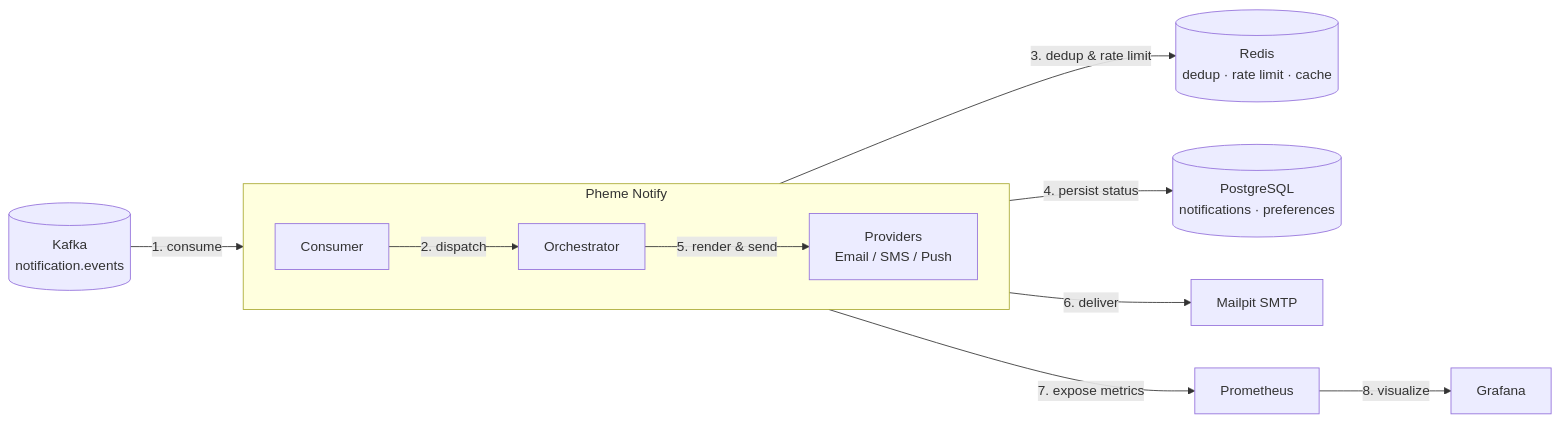
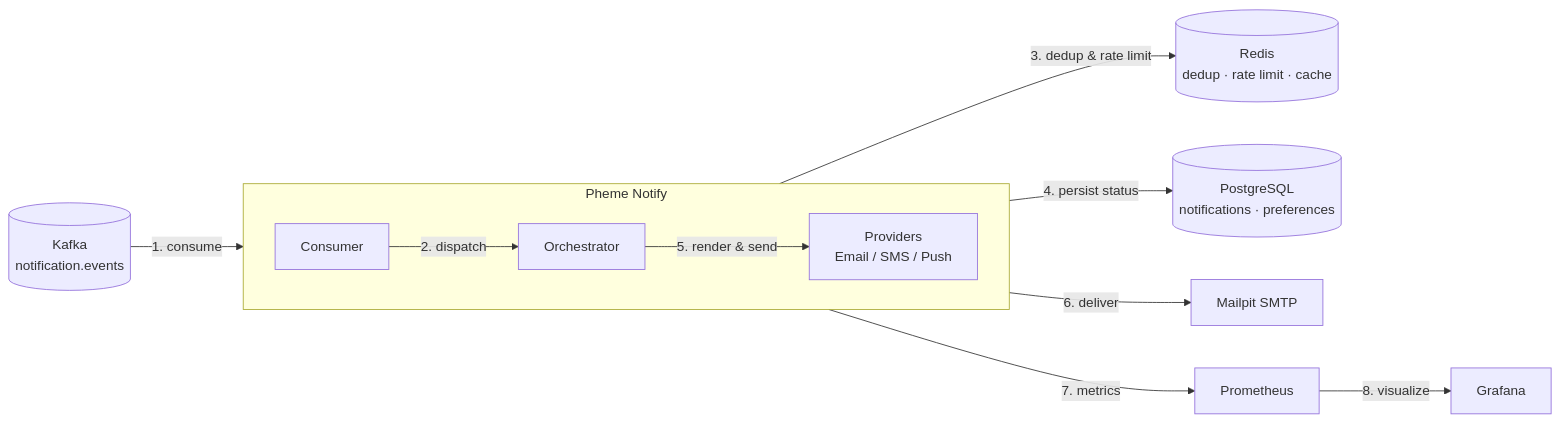
The first of 2 diagrams in README.md (dtyurin01/pheme-notify), drawn with Mermaid before and after one commit.

Commit message:
docs: shorten metrics edge label to fix diagram overlap [skip ci]

````diff
--- a/README.md
+++ b/README.md
@@ -13,15 +13,15 @@
 ```mermaid
 flowchart LR
     Kafka[("Kafka<br/>notification.events")] -- "1. consume" --> App
 
     subgraph App["Pheme Notify"]
         direction LR
         Consumer[Consumer] -- "2. dispatch" --> Orchestrator[Orchestrator] -- "5. render & send" --> Providers[Providers<br/>Email / SMS / Push]
     end
 
     Orchestrator -- "3. dedup & rate limit" --> Redis[("Redis<br/>dedup · rate limit · cache")]
     Orchestrator -- "4. persist status" --> Postgres[("PostgreSQL<br/>notifications · preferences")]
     Providers -- "6. deliver" --> Mailpit[Mailpit SMTP]
 
-    Orchestrator -- "7. expose metrics" --> Prometheus[Prometheus] -- "8. visualize" --> Grafana[Grafana]
+    Orchestrator -- "7. metrics" --> Prometheus[Prometheus] -- "8. visualize" --> Grafana[Grafana]
 ```
````
